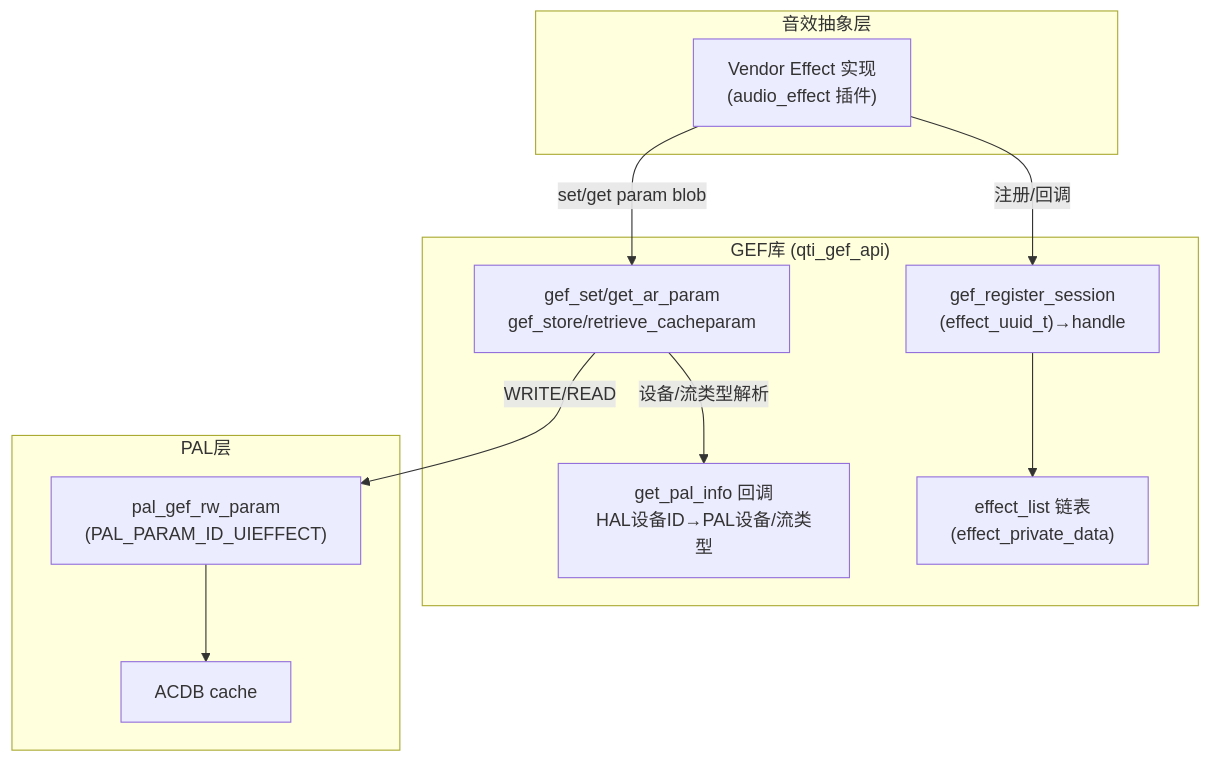
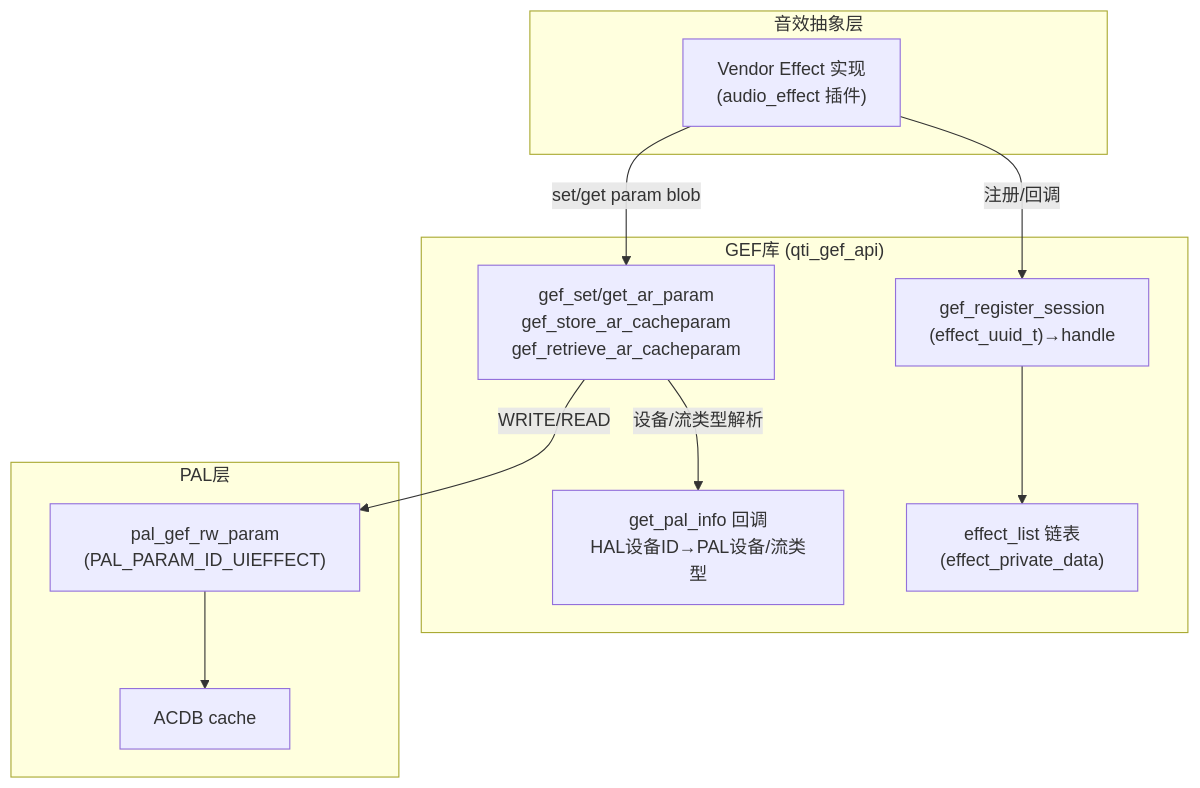
One commit to yanglinzhen1022/SA8295_AAOS_QNX_Audio_KnowledgeBase changed the first of 2 diagrams in 15_PAL_Architecture/15_15.13_QC_GEF_通用音效框架.md. Above: the diagram before and after it, drawn with Mermaid. The commit also changed other lines of this file and 13 other files, not shown here.

````diff
--- a/15_PAL_Architecture/15_15.13_QC_GEF_通用音效框架.md
+++ b/15_PAL_Architecture/15_15.13_QC_GEF_通用音效框架.md
@@ -31,25 +31,25 @@
 ```mermaid
 graph TB
     subgraph EFFECT["音效抽象层"]
         VEA["Vendor Effect 实现<br/>(audio_effect 插件)"]
     end
 
     subgraph GEF_Layer["GEF库 (qti_gef_api)"]
         GEF_REG["gef_register_session<br/>(effect_uuid_t)→handle"]
         GEF_LIST["effect_list 链表<br/>(effect_private_data)"]
-        GEF_RW["gef_set/get_ar_param<br/>gef_store/retrieve_cacheparam"]
+        GEF_RW["gef_set/get_ar_param<br/>gef_store_ar_cacheparam<br/>gef_retrieve_ar_cacheparam"]
         GEF_PALINFO["get_pal_info 回调<br/>HAL设备ID→PAL设备/流类型"]
     end
 
     subgraph PAL_Layer["PAL层"]
         PAL_API["pal_gef_rw_param<br/>(PAL_PARAM_ID_UIEFFECT)"]
         ACDB["ACDB cache"]
     end
 
     VEA -->|注册/回调| GEF_REG
     GEF_REG --> GEF_LIST
     VEA -->|set/get param blob| GEF_RW
     GEF_RW -->|设备/流类型解析| GEF_PALINFO
     GEF_RW -->|WRITE/READ| PAL_API
     PAL_API --> ACDB
 ```
````
